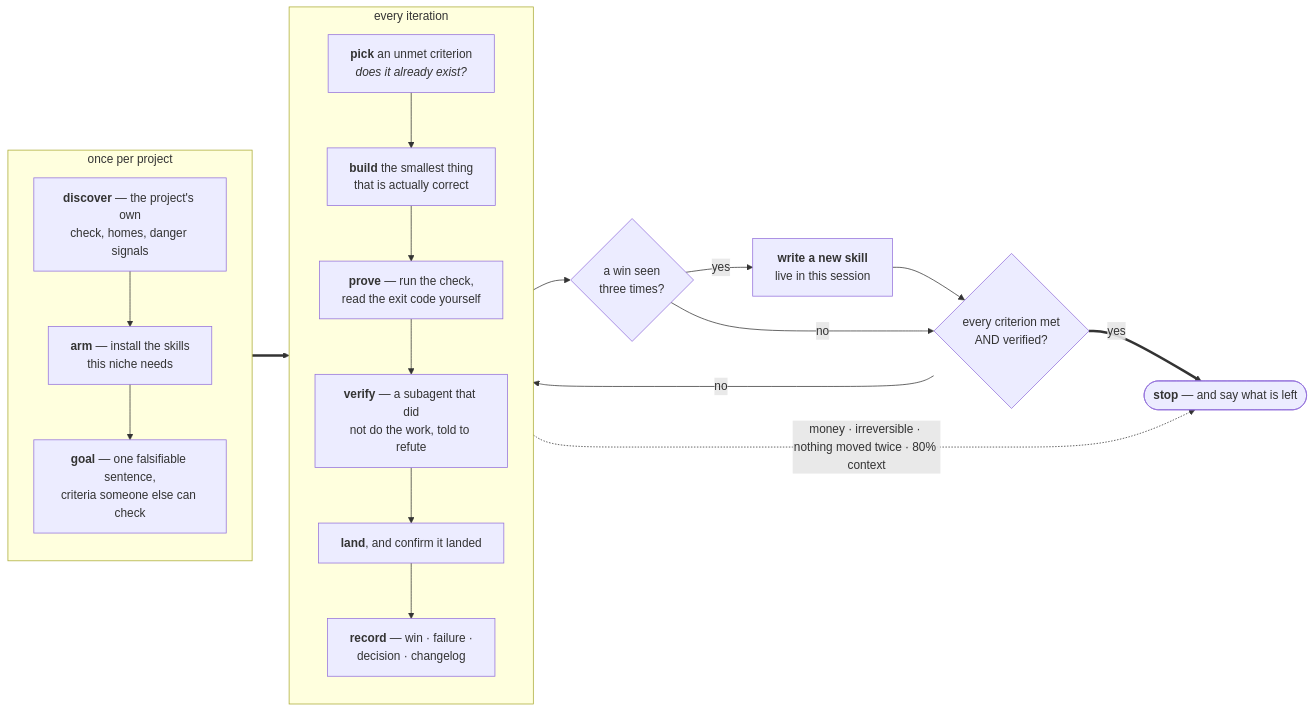
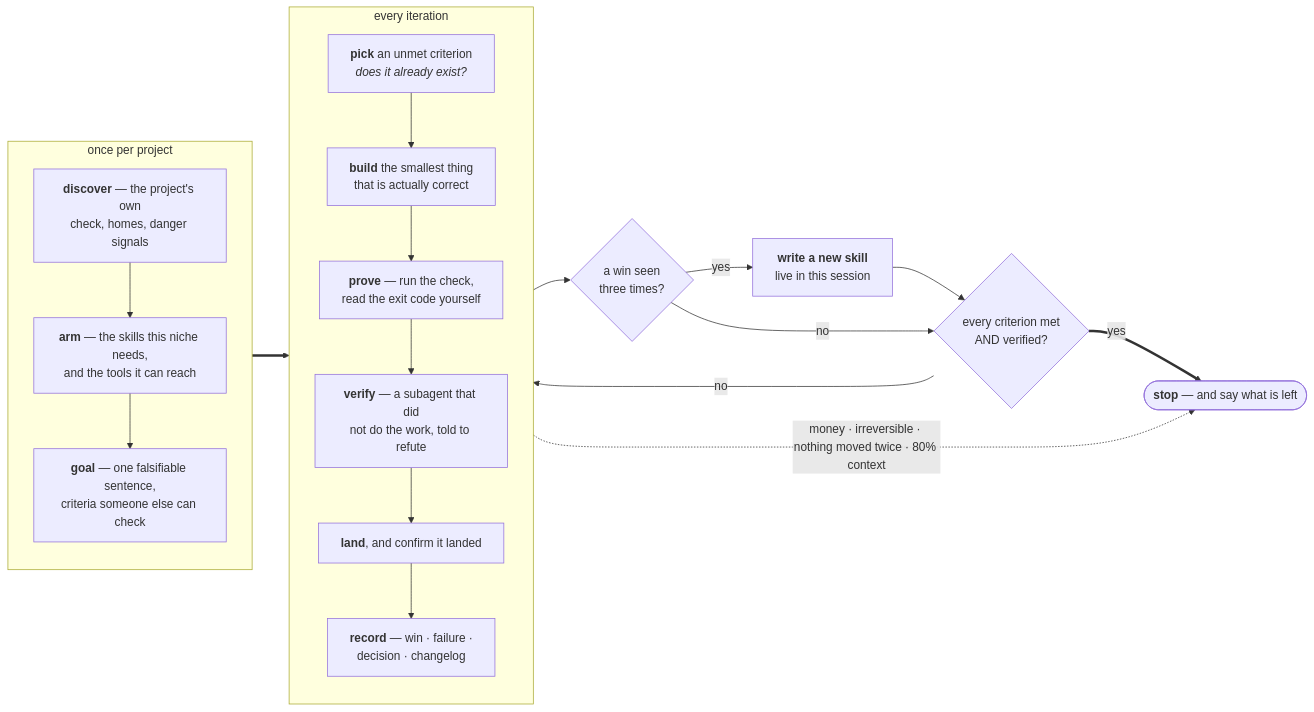
One commit to vladyslav-betterme/autopilot-skill changed the diagram in README.md. Above: the diagram before and after it, drawn with Mermaid. The commit also changed other lines of this file and 6 other files, not shown here.

First line of the commit message:
feat: the loop can reach, not only know — and builds the tool it lacks

````diff
--- a/README.md
+++ b/README.md
@@ -35,34 +35,34 @@
 ```mermaid
 flowchart LR
     subgraph setup["&nbsp;once per project&nbsp;"]
         direction TB
         D["<b>discover</b> — the project's own<br/>check, homes, danger signals"]
-        S["<b>arm</b> — install the skills<br/>this niche needs"]
+        S["<b>arm</b> — the skills this niche needs,<br/>and the tools it can reach"]
         G["<b>goal</b> — one falsifiable sentence,<br/>criteria someone else can check"]
         D --> S --> G
     end
 
     subgraph iter["&nbsp;every iteration&nbsp;"]
         direction TB
         P["<b>pick</b> an unmet criterion<br/><i>does it already exist?</i>"]
         B["<b>build</b> the smallest thing<br/>that is actually correct"]
         C["<b>prove</b> — run the check,<br/>read the exit code yourself"]
         V["<b>verify</b> — a subagent that did<br/>not do the work, told to refute"]
         L["<b>land</b>, and confirm it landed"]
         R["<b>record</b> — win · failure ·<br/>decision · changelog"]
         P --> B --> C --> V --> L --> R
     end
 
     W{"a win seen<br/>three times?"}
     N["<b>write a new skill</b><br/>live in this session"]
     Q{"every criterion met<br/>AND verified?"}
     Z(["<b>stop</b> — and say what is left"])
 
     G ==> P
     R --> W
     W -- yes --> N --> Q
     W -- no --> Q
     Q -- no --> P
     Q == yes ==> Z
     iter -. "money · irreversible · nothing moved twice · 80% context" .-> Z
 ```
````
